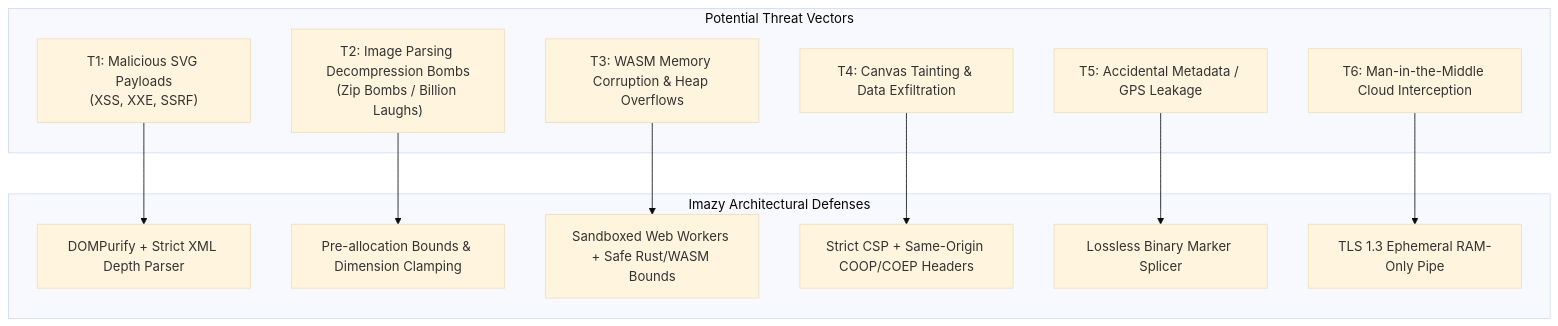
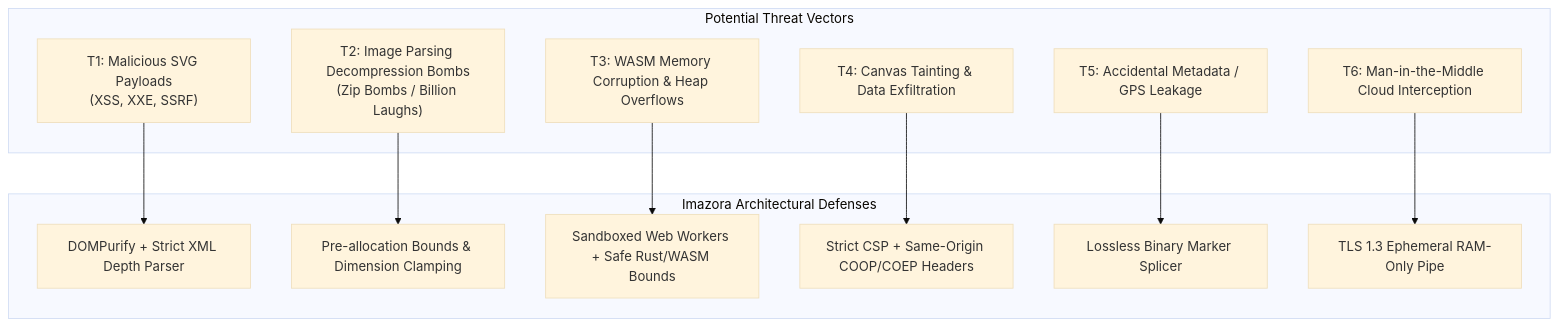
One commit to Karthick-Krishna/Zailo-Graph changed the first of 2 diagrams in docs/PRIVACY_AND_SECURITY.md. Above: the diagram before and after it, drawn with Mermaid (base theme). The commit also changed other lines of this file and 6 other files, not shown here.

````diff
--- a/docs/PRIVACY_AND_SECURITY.md
+++ b/docs/PRIVACY_AND_SECURITY.md
@@ -25,27 +25,27 @@
 ```mermaid
 flowchart TD
     subgraph Vectors["Potential Threat Vectors"]
         T1["T1: Malicious SVG Payloads<br/>(XSS, XXE, SSRF)"]
         T2["T2: Image Parsing Decompression Bombs<br/>(Zip Bombs / Billion Laughs)"]
         T3["T3: WASM Memory Corruption & Heap Overflows"]
         T4["T4: Canvas Tainting & Data Exfiltration"]
         T5["T5: Accidental Metadata / GPS Leakage"]
         T6["T6: Man-in-the-Middle Cloud Interception"]
     end
 
-    subgraph Mitigations["Imazy Architectural Defenses"]
+    subgraph Mitigations["Imazora Architectural Defenses"]
         M1["DOMPurify + Strict XML Depth Parser"]
         M2["Pre-allocation Bounds & Dimension Clamping"]
         M3["Sandboxed Web Workers + Safe Rust/WASM Bounds"]
         M4["Strict CSP + Same-Origin COOP/COEP Headers"]
         M5["Lossless Binary Marker Splicer"]
         M6["TLS 1.3 Ephemeral RAM-Only Pipe"]
     end
 
     T1 --> M1
     T2 --> M2
     T3 --> M3
     T4 --> M4
     T5 --> M5
     T6 --> M6
 ```
````
